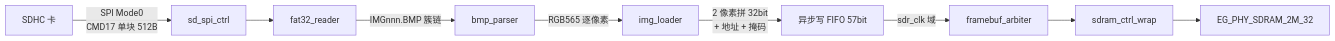
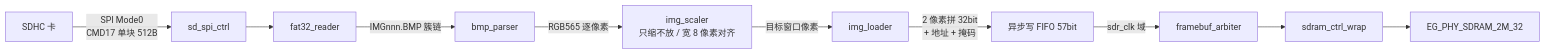
One commit to salskaugluththammesh1635-maker/SmartCampusMedia changed the second of 3 diagrams in ARCHITECTURE.md. Above: the diagram before and after it, drawn with Mermaid. The commit also changed other lines of this file and 32 other files, not shown here.

````diff
--- a/ARCHITECTURE.md
+++ b/ARCHITECTURE.md
@@ -61,11 +65,12 @@
 ```mermaid
 flowchart LR
     SD[SDHC 卡] -->|SPI Mode0<br/>CMD17 单块 512B| SPI[sd_spi_ctrl]
     SPI --> FAT[fat32_reader]
     FAT -->|IMGnnn.BMP 簇链| BMP[bmp_parser]
-    BMP -->|RGB565 逐像素| LOAD[img_loader]
+    BMP -->|RGB565 逐像素| SCALE[img_scaler<br/>只缩不放 / 宽 8 像素对齐]
+    SCALE -->|目标窗口像素| LOAD[img_loader]
     LOAD -->|2 像素拼 32bit<br/>+ 地址 + 掩码| WF[异步写 FIFO 57bit]
     WF -->|sdr_clk 域| ARB[framebuf_arbiter]
     ARB --> WRAP[sdram_ctrl_wrap]
     WRAP --> SIP[EG_PHY_SDRAM_2M_32]
 ```
````
